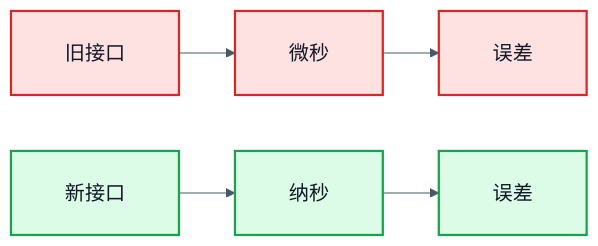
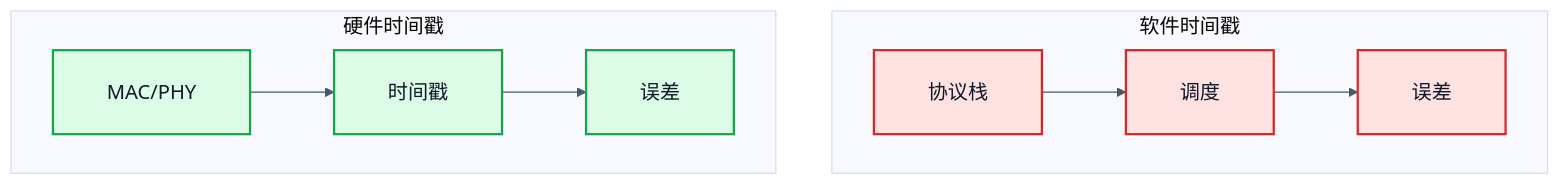
The first of 4 diagrams in content/posts/performance/ptp_precision_optimization.md (DeguiLiu/tech-notes), drawn with Mermaid before and after one commit. The commit also changed other lines of this file and 1 other file, not shown here.

Commit message:
story-docs(blog): refine PTP precision post structure and diagrams

````diff
--- a/content/posts/performance/ptp_precision_optimization.md
+++ b/content/posts/performance/ptp_precision_optimization.md
@@ -103,16 +55,14 @@
 ```mermaid
 %%{init: {"theme":"base","themeVariables":{"fontFamily":"sans-serif","fontSize":"18px","lineColor":"#455A64"},"flowchart":{"htmlLabels":true,"padding":24}}}%%
-flowchart LR
-    A["旧接口"]
-    B["微秒"]
-    C["误差"]
-    D["新接口"]
-    E["纳秒"]
-    F["误差"]
-    A --> B --> C
-    D --> E --> F
-    classDef old fill:#FEE2E2,stroke:#DC2626,stroke-width:2px,color:#111827
-    classDef new fill:#DCFCE7,stroke:#16A34A,stroke-width:2px,color:#111827
-    class A,B,C old
-    class D,E,F new
+flowchart TB
+    subgraph SW["软件时间戳"]
+        A["协议栈"] --> B["调度"] --> C["误差"]
+    end
+    subgraph HW["硬件时间戳"]
+        D["MAC/PHY"] --> E["时间戳"] --> F["误差"]
+    end
+    classDef soft fill:#FEE2E2,stroke:#DC2626,stroke-width:2px,color:#111827
+    classDef hard fill:#DCFCE7,stroke:#16A34A,stroke-width:2px,color:#111827
+    class A,B,C soft
+    class D,E,F hard
 ```
````
